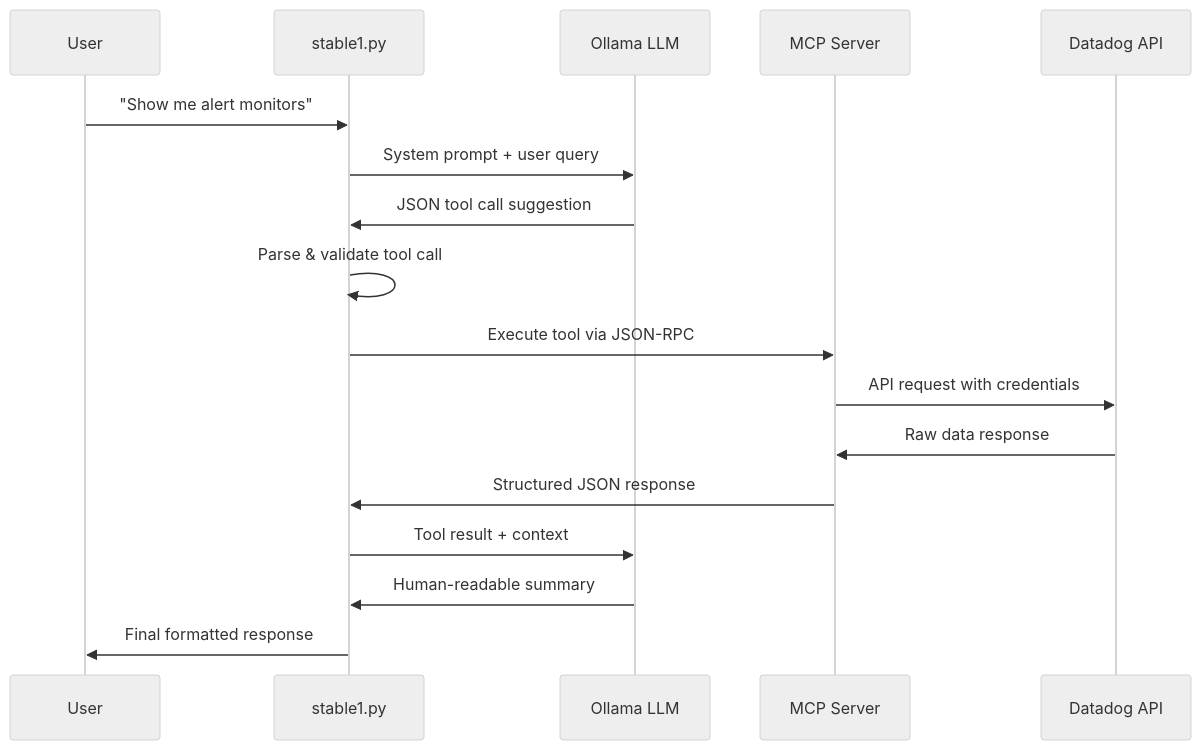
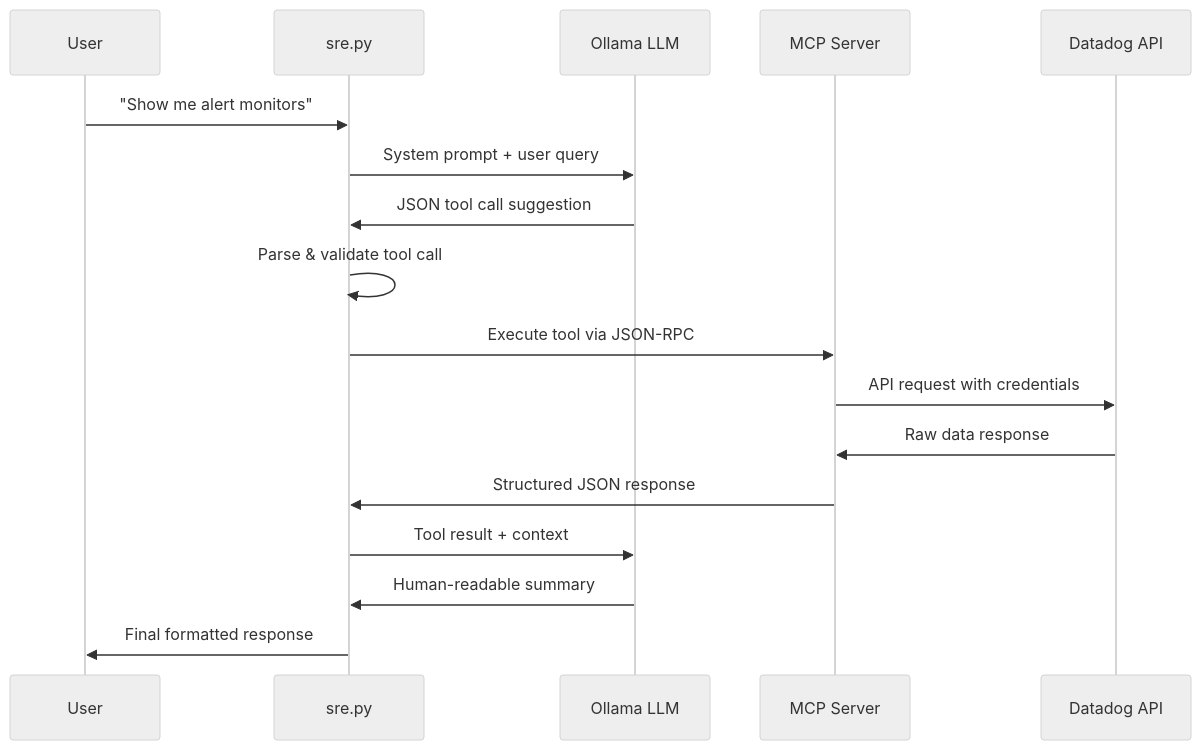
One commit to morettimaxi/datadog-mcp-ollama changed the first of 2 diagrams in README.md. Above: the diagram before and after it, drawn with Mermaid (neutral theme). The commit also changed other lines of this file, not shown here.

````diff
--- a/README.md
+++ b/README.md
@@ -13,20 +13,20 @@
 ```mermaid
 sequenceDiagram
     participant User
-    participant stable1 as stable1.py
+    participant stable1 as sre.py
     participant Ollama as Ollama LLM
     participant MCP as MCP Server
     participant DD as Datadog API
 
     User->>stable1: "Show me alert monitors"
     stable1->>Ollama: System prompt + user query
     Ollama->>stable1: JSON tool call suggestion
     stable1->>stable1: Parse & validate tool call
     stable1->>MCP: Execute tool via JSON-RPC
     MCP->>DD: API request with credentials
     DD->>MCP: Raw data response
     MCP->>stable1: Structured JSON response
     stable1->>Ollama: Tool result + context
     Ollama->>stable1: Human-readable summary
     stable1->>User: Final formatted response
 ```
````
